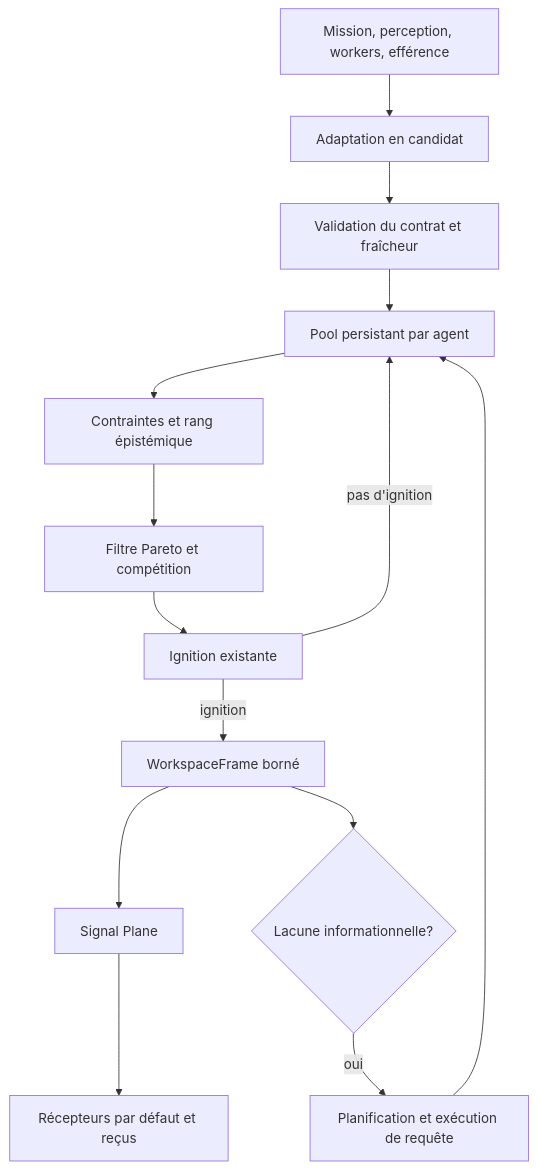
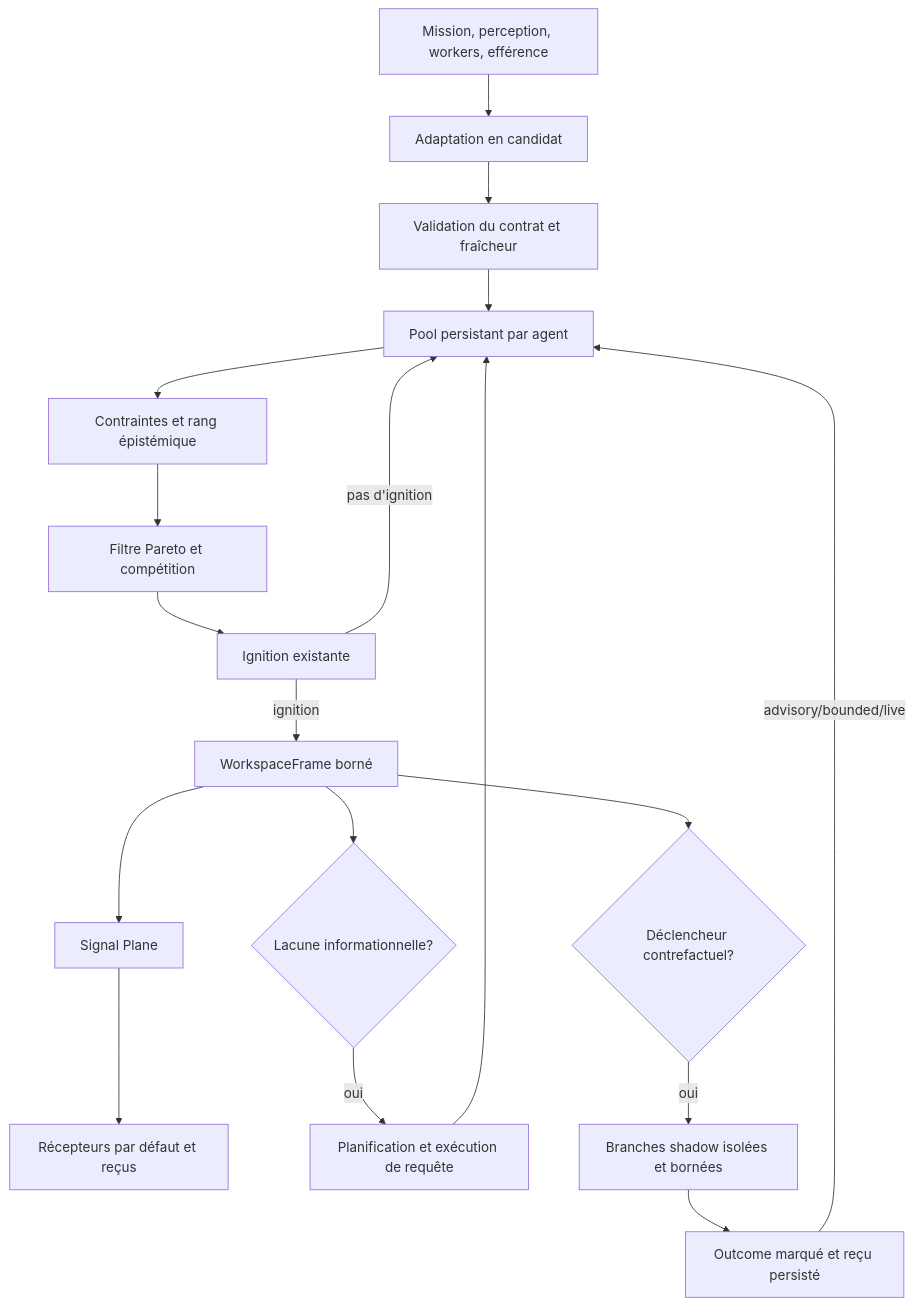
Before and after one commit to PISSARAW/GenOS: the diagram in docs/02-orchestration/agow.md, drawn with Mermaid. The commit also changed other lines of this file and 22 other files, not shown here.

````diff
--- a/docs/02-orchestration/agow.md
+++ b/docs/02-orchestration/agow.md
@@ -119,16 +120,20 @@
 ```mermaid
 flowchart TD
     E[Mission, perception, workers, efférence] --> A[Adaptation en candidat]
     A --> V[Validation du contrat et fraîcheur]
     V --> P[Pool persistant par agent]
     P --> R[Contraintes et rang épistémique]
     R --> D[Filtre Pareto et compétition]
     D --> I[Ignition existante]
     I -->|pas d'ignition| P
     I -->|ignition| F[WorkspaceFrame borné]
     F --> S[Signal Plane]
     S --> B[Récepteurs par défaut et reçus]
     F --> Q{Lacune informationnelle?}
     Q -->|oui| X[Planification et exécution de requête]
     X --> P
+    F --> T{Déclencheur contrefactuel?}
+    T -->|oui| C[Branches shadow isolées et bornées]
+    C --> O[Outcome marqué et reçu persisté]
+    O -->|advisory/bounded/live| P
 ```
````
